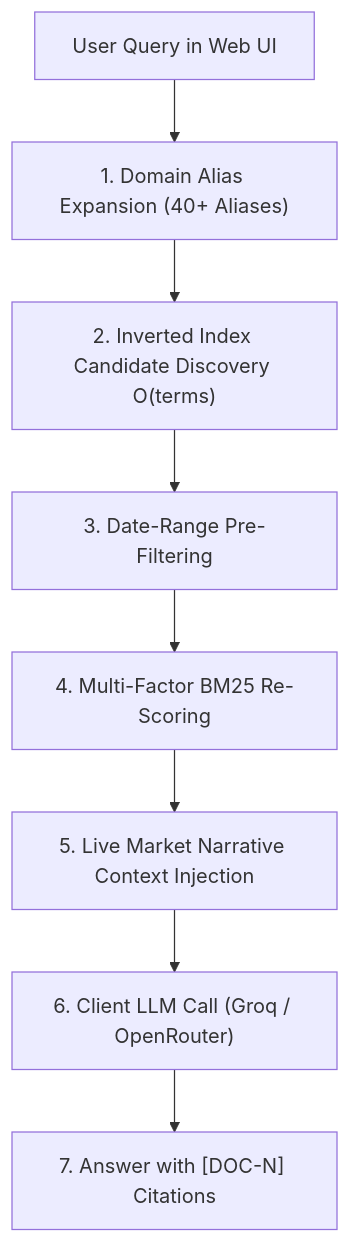
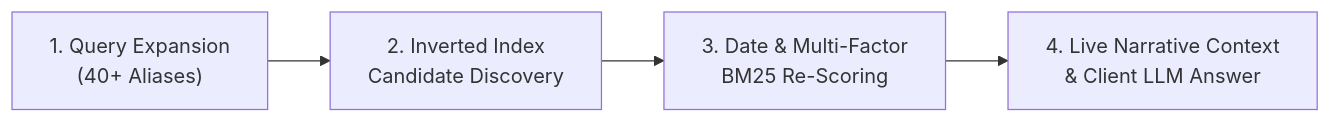
The third of 3 diagrams in README.md (yieldchaser/Shipping), drawn with Mermaid before and after one commit. The commit also changed other lines of this file, not shown here.

Commit message:
docs: fix table arrow rendering and streamline architecture flowchart to compact horizontal layout

````diff
--- a/README.md
+++ b/README.md
@@ -326,10 +296,6 @@
 ```mermaid
-flowchart TD
-    UserQ["User Query in Web UI"] --> Stage1["1. Domain Alias Expansion (40+ Aliases)"]
-    Stage1 --> Stage2["2. Inverted Index Candidate Discovery O(terms)"]
-    Stage2 --> Stage3["3. Date-Range Pre-Filtering"]
-    Stage3 --> Stage4["4. Multi-Factor BM25 Re-Scoring"]
-    Stage4 --> Context["5. Live Market Narrative Context Injection"]
-    Context --> LLM["6. Client LLM Call (Groq / OpenRouter)"]
-    LLM --> Answer["7. Answer with [DOC-N] Citations"]
+flowchart LR
+    A["1. Query Expansion<br/>(40+ Aliases)"] --> B["2. Inverted Index<br/>Candidate Discovery"]
+    B --> C["3. Date & Multi-Factor<br/>BM25 Re-Scoring"]
+    C --> D["4. Live Narrative Context<br/>& Client LLM Answer"]
 ```
````
